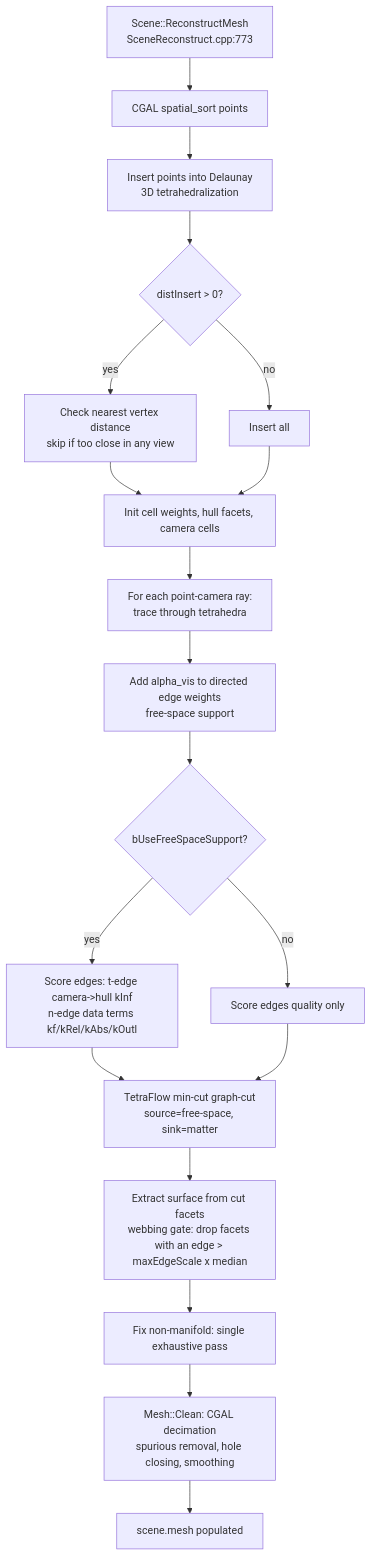
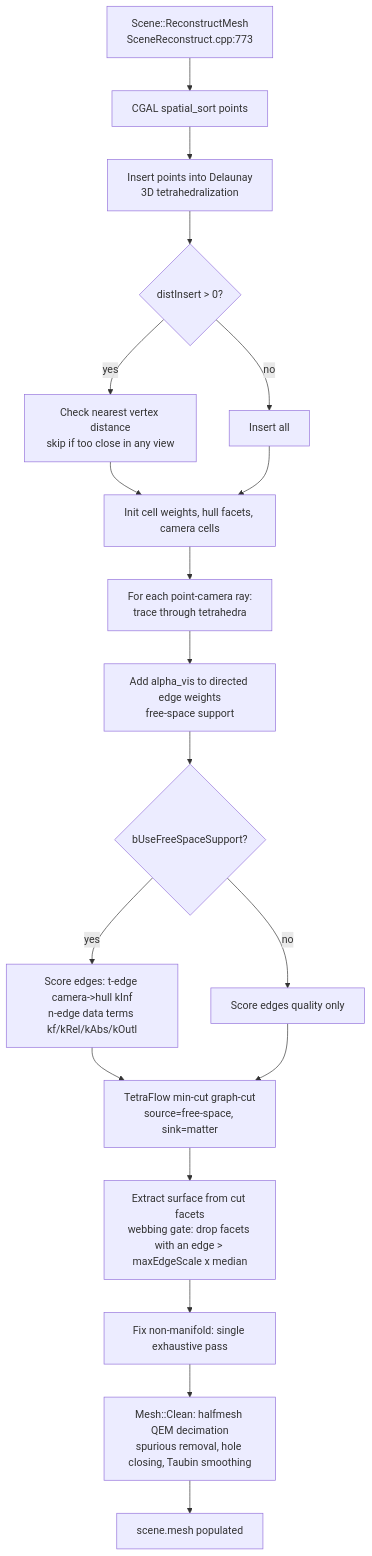
The seventh of 10 diagrams in docs/pipeline-traces.md (cdcseacave/openMVS), drawn with Mermaid before and after one commit. The commit also changed other lines of this file and 39 other files, not shown here.

Commit message:
mesh: move generic mesh processing, atlas packing and the glTF codec onto halfmesh (#1297)

````diff
--- a/docs/pipeline-traces.md
+++ b/docs/pipeline-traces.md
@@ -507,21 +507,21 @@
 ```mermaid
 graph TD
     A[Scene::ReconstructMesh<br/>SceneReconstruct.cpp:773] --> B[CGAL spatial_sort points]
     B --> C[Insert points into Delaunay<br/>3D tetrahedralization]
     C --> C1{distInsert > 0?}
     C1 -->|yes| C2[Check nearest vertex distance<br/>skip if too close in any view]
     C1 -->|no| C3[Insert all]
     C2 --> D
     C3 --> D[Init cell weights, hull facets, camera cells]
     D --> E[For each point-camera ray:<br/>trace through tetrahedra]
     E --> E1[Add alpha_vis to directed edge weights<br/>free-space support]
     E1 --> F{bUseFreeSpaceSupport?}
     F -->|yes| G[Score edges: t-edge camera->hull kInf<br/>n-edge data terms kf/kRel/kAbs/kOutl]
     F -->|no| H[Score edges quality only]
     G --> I[TetraFlow min-cut graph-cut<br/>source=free-space, sink=matter]
     H --> I
     I --> J[Extract surface from cut facets<br/>webbing gate: drop facets with an edge > maxEdgeScale x median]
     J --> K[Fix non-manifold: single exhaustive pass]
-    K --> L[Mesh::Clean: CGAL decimation<br/>spurious removal, hole closing, smoothing]
+    K --> L[Mesh::Clean: halfmesh QEM decimation<br/>spurious removal, hole closing, Taubin smoothing]
     L --> M[scene.mesh populated]
 ```
````
